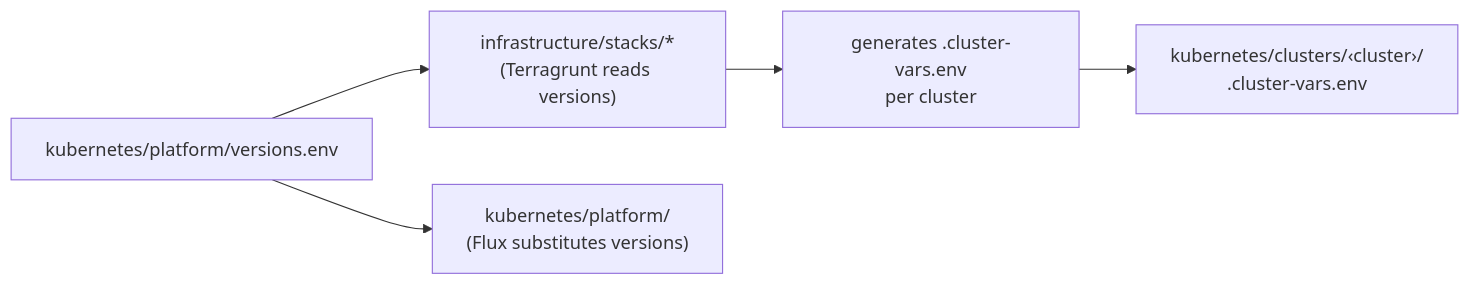
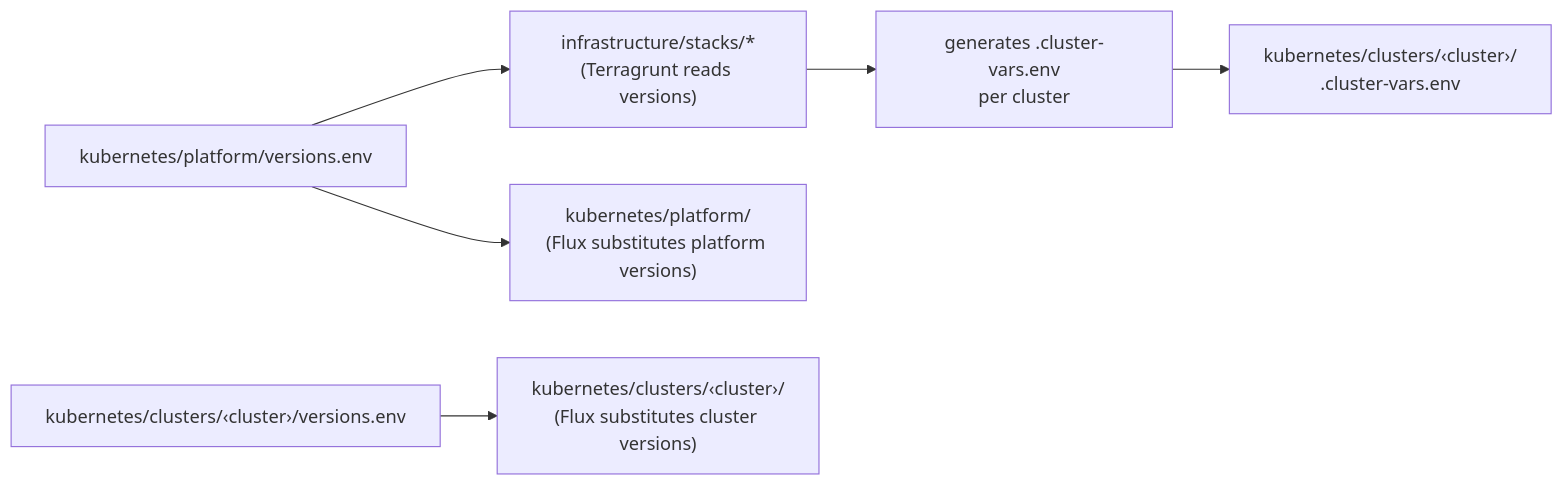
The second of 2 diagrams in CLAUDE.md (ionfury/homelab), drawn with Mermaid before and after one commit. The commit also changed other lines of this file and 13 other files, not shown here.

First line of the commit message:
feat(k8s): split per-cluster application versions from platform versions

````diff
--- a/CLAUDE.md
+++ b/CLAUDE.md
@@ -496,7 +506,8 @@
 ```mermaid
 flowchart LR
-    V["kubernetes/platform/versions.env"] --> S["infrastructure/stacks/*\n(Terragrunt reads versions)"]
+    PV["kubernetes/platform/versions.env"] --> S["infrastructure/stacks/*\n(Terragrunt reads versions)"]
     S --> G["generates .cluster-vars.env\nper cluster"]
     G --> C["kubernetes/clusters/‹cluster›/\n.cluster-vars.env"]
-    V --> F["kubernetes/platform/\n(Flux substitutes versions)"]
+    PV --> F["kubernetes/platform/\n(Flux substitutes platform versions)"]
+    CV["kubernetes/clusters/‹cluster›/versions.env"] --> CK["kubernetes/clusters/‹cluster›/\n(Flux substitutes cluster versions)"]
 ```
````
